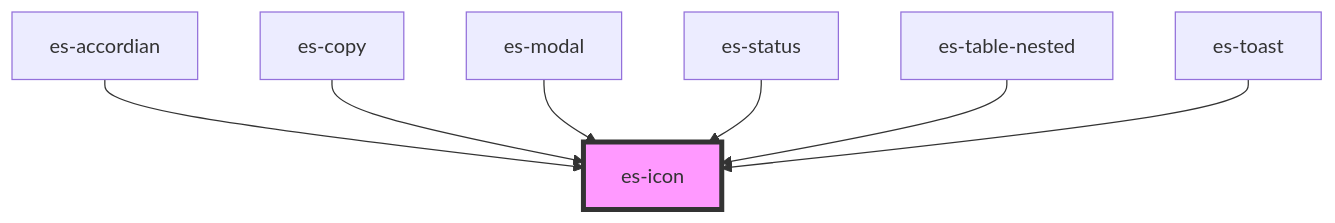
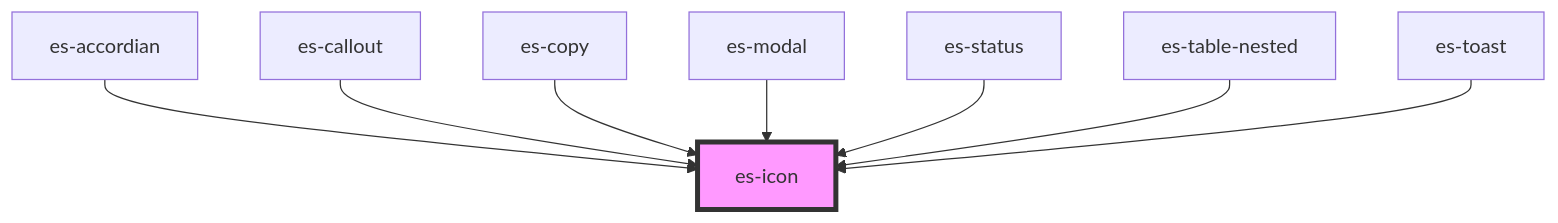
One commit to EventStore/Design-System changed the diagram in packages/components/src/components/es-icon/readme.md. Above: the diagram before and after it, drawn with Mermaid. The commit also changed other lines of this file and 4 other files, not shown here.

````diff
--- a/packages/components/src/components/es-icon/readme.md
+++ b/packages/components/src/components/es-icon/readme.md
@@ -44,10 +45,11 @@
 ```mermaid
 graph TD;
   es-accordian --> es-icon
+  es-callout --> es-icon
   es-copy --> es-icon
   es-modal --> es-icon
   es-status --> es-icon
   es-table-nested --> es-icon
   es-toast --> es-icon
   style es-icon fill:#f9f,stroke:#333,stroke-width:4px
 ```
````
